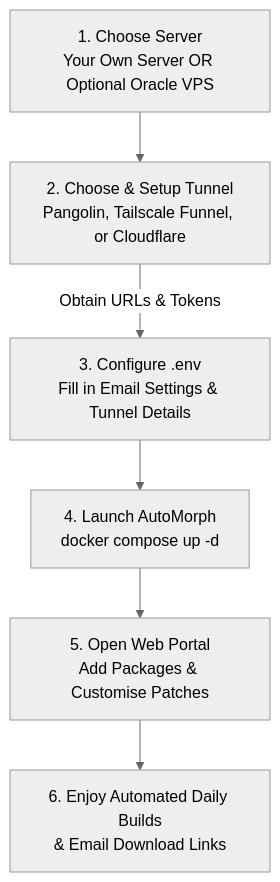
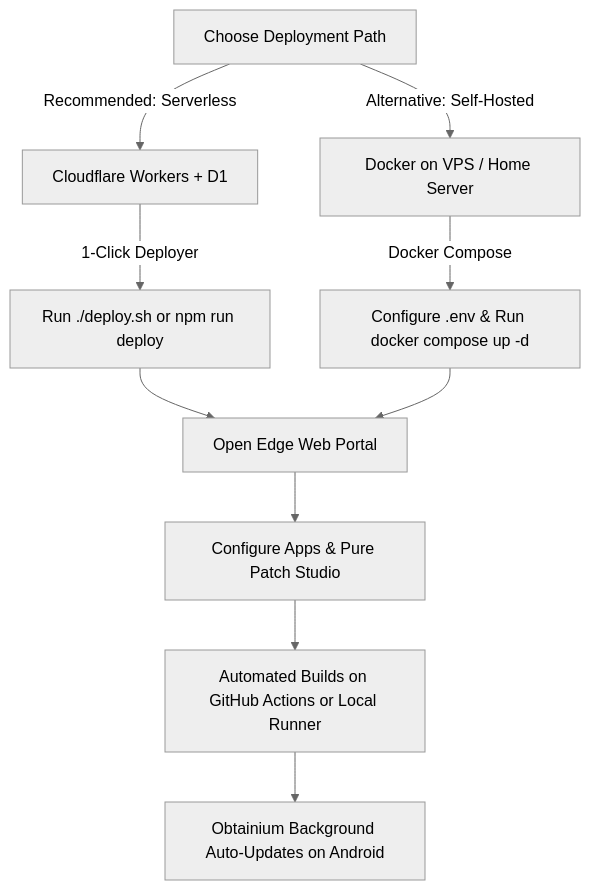
Before and after one commit to 9M2PJU/morpheflow-portal: the diagram in docs/README.md, drawn with Mermaid (neutral theme). The commit also changed other lines of this file and 8 other files, not shown here.

````diff
--- a/docs/README.md
+++ b/docs/README.md
@@ -52,8 +42,15 @@
 ```mermaid
 graph TD
-    A[1. Choose Server<br/>Your Own Server OR Optional Oracle VPS] --> B[2. Choose & Setup Tunnel<br/>Pangolin, Tailscale Funnel, or Cloudflare]
-    B -->|Obtain URLs & Tokens| C[3. Configure .env<br/>Fill in Email Settings & Tunnel Details]
-    C --> D[4. Launch AutoMorph<br/>docker compose up -d]
-    D --> E[5. Open Web Portal<br/>Add Packages & Customise Patches]
-    E --> F[6. Enjoy Automated Daily Builds<br/>& Email Download Links]
+    A[Choose Deployment Path] -->|Recommended: Serverless| B[Cloudflare Workers + D1]
+    A -->|Alternative: Self-Hosted| C[Docker on VPS / Home Server]
+    
+    B -->|1-Click Deployer| D[Run ./deploy.sh or npm run deploy]
+    C -->|Docker Compose| E[Configure .env & Run docker compose up -d]
+    
+    D --> F[Open Edge Web Portal]
+    E --> F
+    
+    F --> G[Configure Apps & Pure Patch Studio]
+    G --> H[Automated Builds on GitHub Actions or Local Runner]
+    H --> I[Obtainium Background Auto-Updates on Android]
 ```
````
